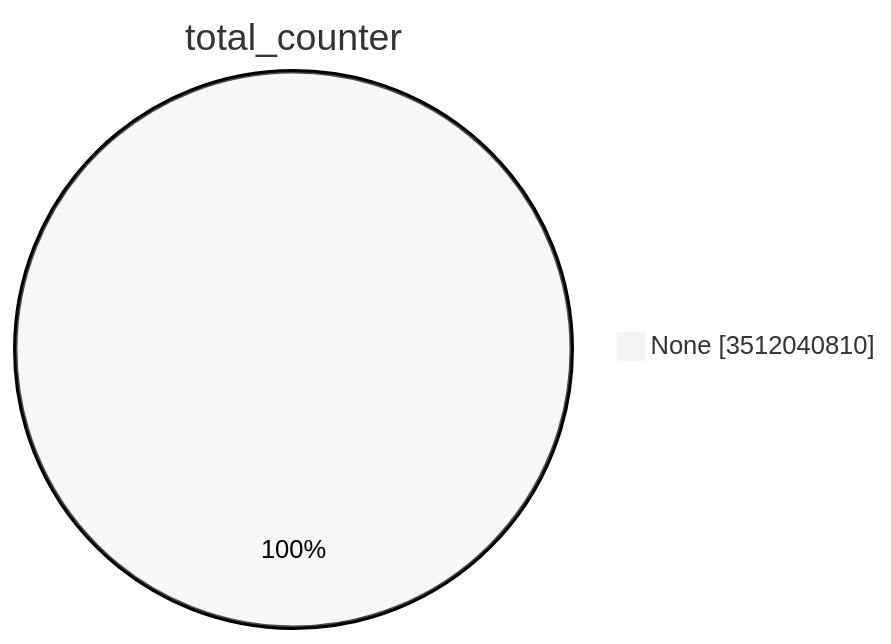
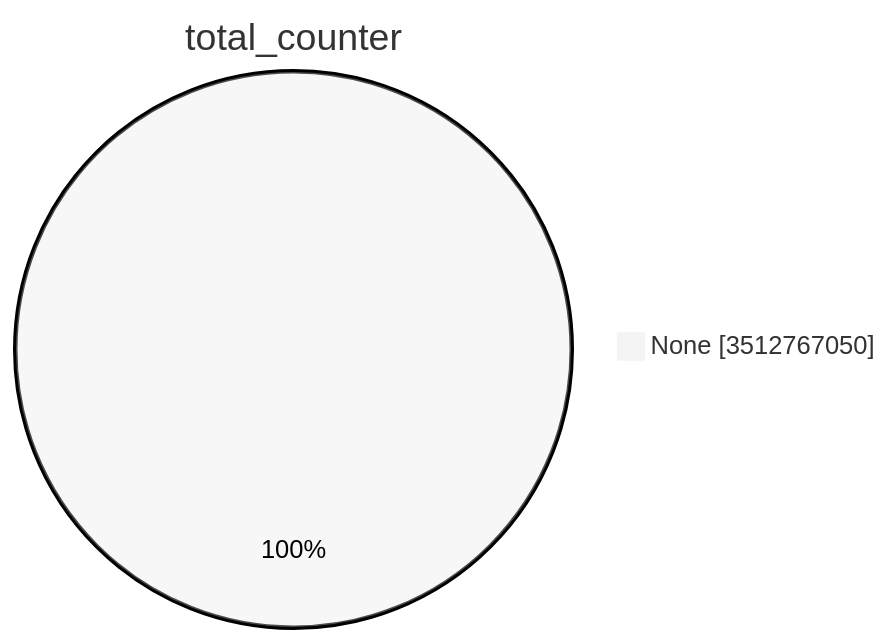
One commit to christiankrug/ctmonitor_visualization changed the first of 15 diagrams in TOTAL/README.md. Above: the diagram before and after it, drawn with Mermaid (neutral theme). The commit also changed other lines of this file, not shown here.

````diff
--- a/TOTAL/README.md
+++ b/TOTAL/README.md
@@ -1,5 +1,5 @@
 ```mermaid
 pie showData
 title total_counter
-"None" :3512040810
+"None" :3512767050
 ```
````
